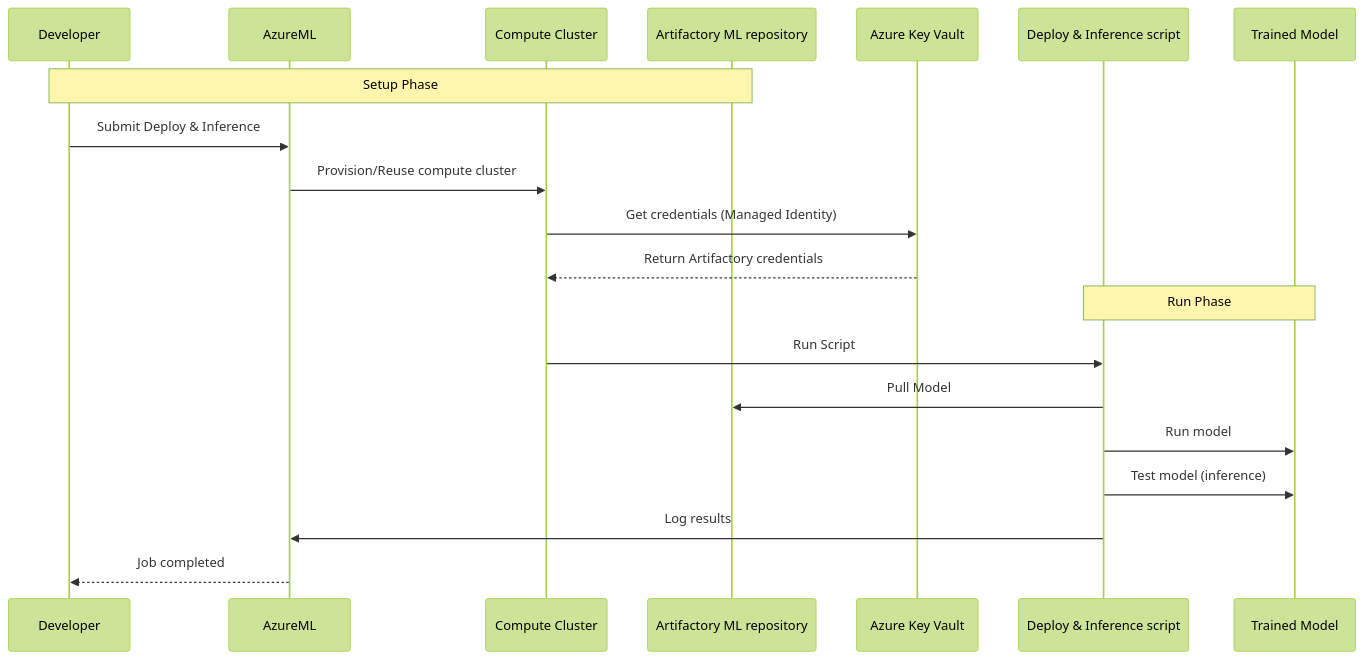
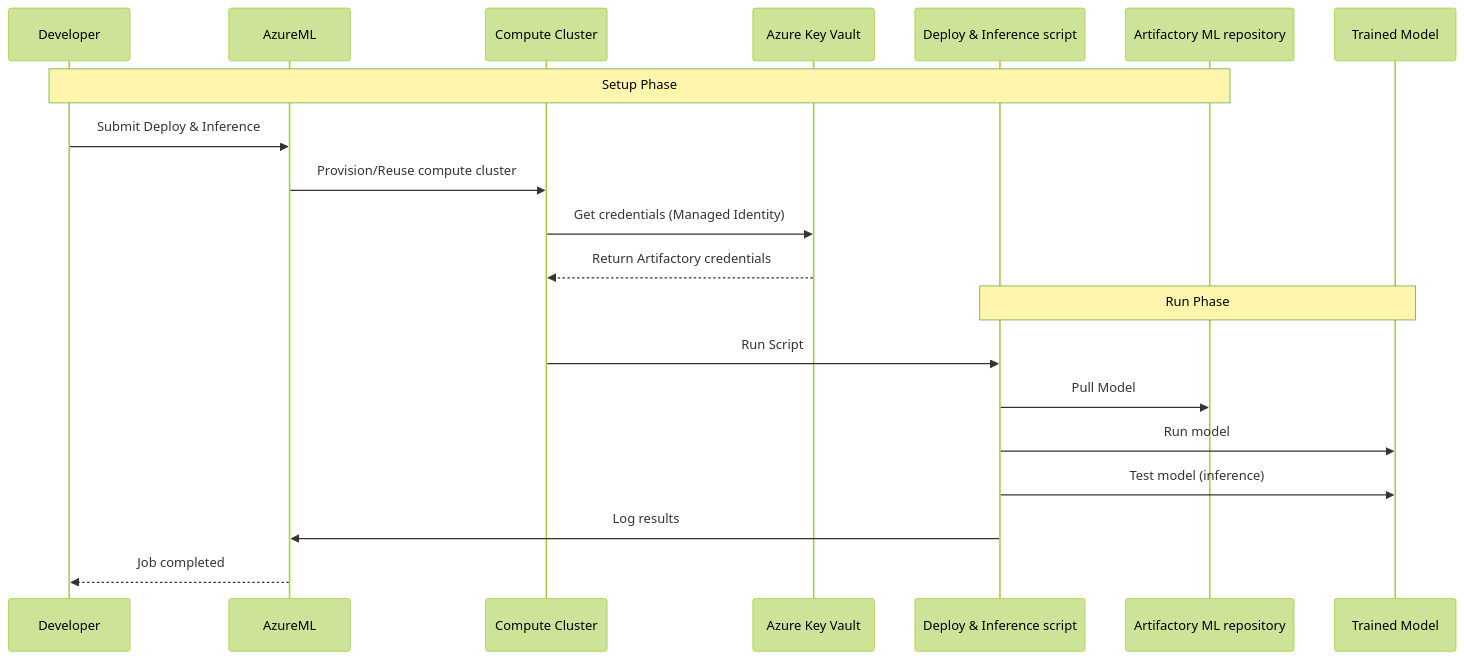
One commit to jfrog/JFrog-AzureML-integration changed the fourth of 4 diagrams in README.md. Above: the diagram before and after it, drawn with Mermaid (forest theme).

````diff
--- a/README.md
+++ b/README.md
@@ -238,23 +238,23 @@
 ```mermaid
 sequenceDiagram
     participant Dev as Developer
     participant AML as AzureML
-    participant Compute as Compute Cluster
-    participant ArtML as Artifactory ML repository    
+    participant Compute as Compute Cluster       
     participant KV as Azure Key Vault
     participant deploy_and_inference as Deploy & Inference script
+    participant ArtML as Artifactory ML repository 
     participant Model as Trained Model
 
     Note over Dev,ArtML: Setup Phase
     Dev->>AML: Submit Deploy & Inference
     AML->>Compute: Provision/Reuse compute cluster
     Compute->>KV: Get credentials (Managed Identity)
     KV-->>Compute: Return Artifactory credentials
     Note over deploy_and_inference,Model: Run Phase
     Compute->>deploy_and_inference: Run Script
     deploy_and_inference->>ArtML: Pull Model
     deploy_and_inference->>Model: Run model   
     deploy_and_inference->>Model: Test model (inference)   
     deploy_and_inference->>AML: Log results   
     AML-->>Dev: Job completed
 ```
````
